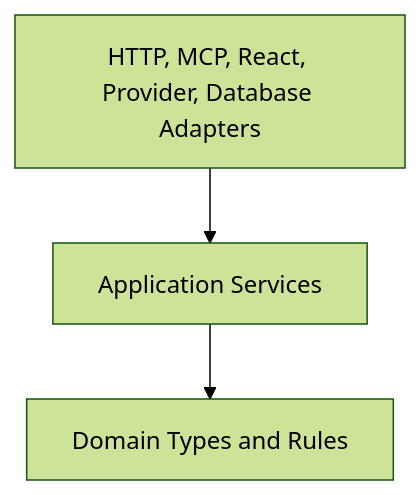
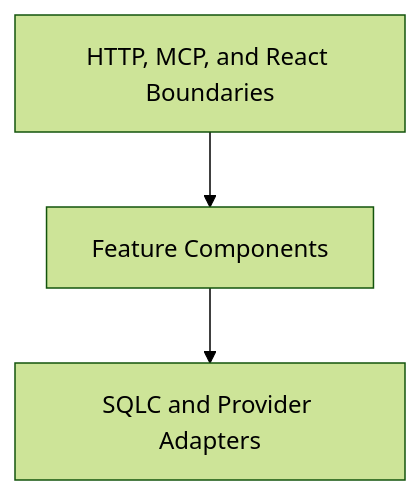
Before and after one commit to finsight-org/finsight: the second of 3 diagrams in docs/foundation/technical-direction.md, drawn with Mermaid (forest theme). The commit also changed other lines of this file and 35 other files, not shown here.

First line of the commit message:
Refactor account feature around sqlc (#20)

````diff
--- a/docs/foundation/technical-direction.md
+++ b/docs/foundation/technical-direction.md
@@ -46,9 +46,9 @@
 ```mermaid
 flowchart TD
-    Boundary["HTTP, MCP, React, Provider, Database Adapters"]
-    App["Application Services"]
-    Domain["Domain Types and Rules"]
+    Boundary["HTTP, MCP, and React Boundaries"]
+    Feature["Feature Components"]
+    Data["SQLC and Provider Adapters"]
 
-    Boundary --> App
-    App --> Domain
+    Boundary --> Feature
+    Feature --> Data
 ```
````
